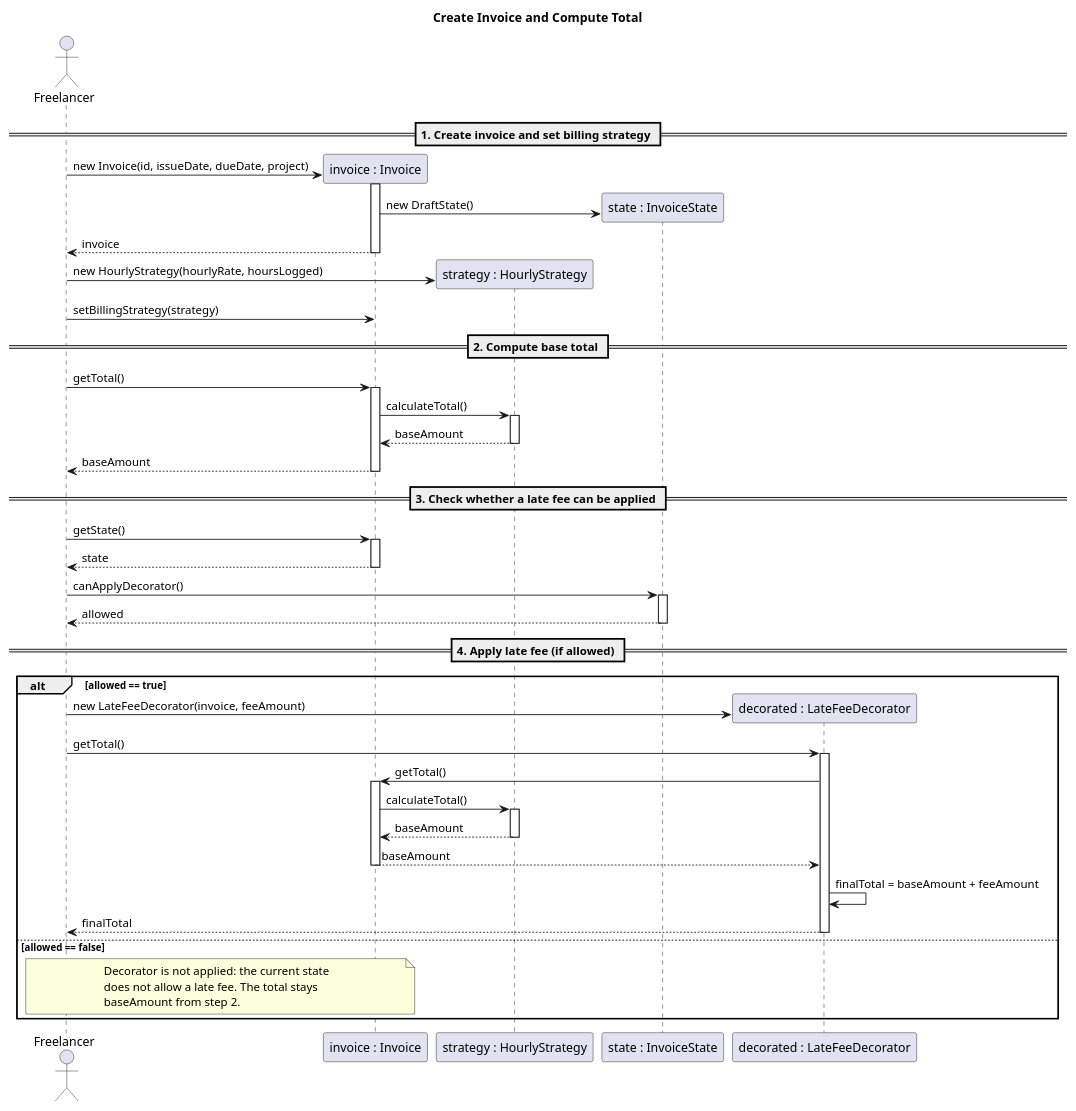
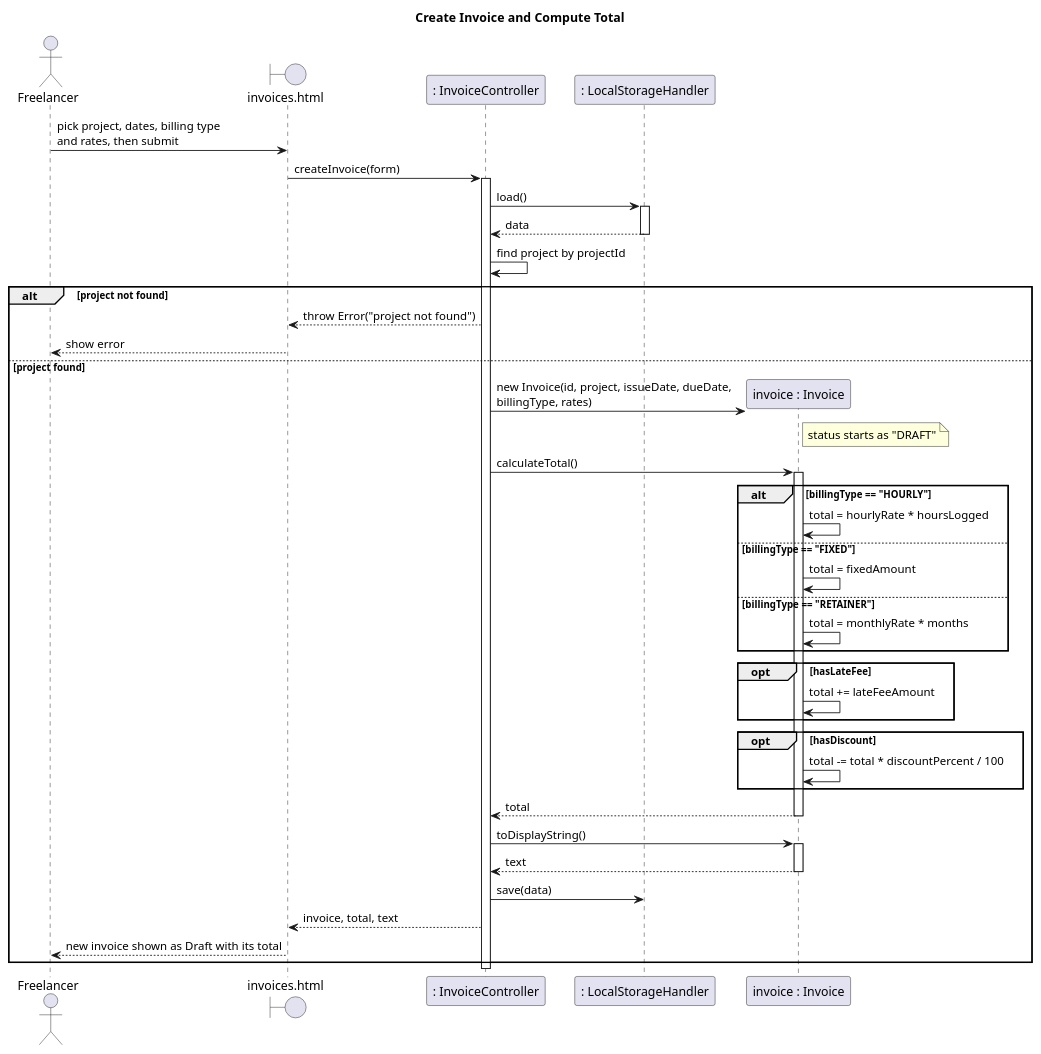
The diagram in diagrams/sequence-create-invoice.puml (vguri/freelance-invoice-tracker), drawn with PlantUML before and after one commit. The commit also changed 5 other files, not shown here.

Commit message:
Update Part 1 diagrams, project plan and README

```diff
--- a/diagrams/sequence-create-invoice.puml
+++ b/diagrams/sequence-create-invoice.puml
@@ -1,68 +1,55 @@
 @startuml sequence-create-invoice
 title Create Invoice and Compute Total
 
 actor Freelancer
-participant "invoice : Invoice" as inv
-participant "strategy : HourlyStrategy" as strat
-participant "state : InvoiceState" as state
-participant "decorated : LateFeeDecorator" as lfd
+boundary "invoices.html" as page
+participant ": InvoiceController" as ic
+participant ": LocalStorageHandler" as store
 
-== 1. Create invoice and set billing strategy ==
-create inv
-Freelancer -> inv : new Invoice(id, issueDate, dueDate, project)
-activate inv
-create state
-inv -> state : new DraftState()
-inv --> Freelancer : invoice
-deactivate inv
+Freelancer -> page : pick project, dates, billing type\nand rates, then submit
+page -> ic : createInvoice(form)
+activate ic
+ic -> store : load()
+activate store
+store --> ic : data
+deactivate store
+ic -> ic : find project by projectId
 
-create strat
-Freelancer -> strat : new HourlyStrategy(hourlyRate, hoursLogged)
-Freelancer -> inv : setBillingStrategy(strategy)
+alt project not found
+  ic --> page : throw Error("project not found")
+  page --> Freelancer : show error
+else project found
+  create participant "invoice : Invoice" as inv
+  ic -> inv : new Invoice(id, project, issueDate, dueDate,\nbillingType, rates)
+  note right of inv : status starts as "DRAFT"
 
-== 2. Compute base total ==
-Freelancer -> inv : getTotal()
-activate inv
-inv -> strat : calculateTotal()
-activate strat
-strat --> inv : baseAmount
-deactivate strat
-inv --> Freelancer : baseAmount
-deactivate inv
+  ic -> inv : calculateTotal()
+  activate inv
+  alt billingType == "HOURLY"
+    inv -> inv : total = hourlyRate * hoursLogged
+  else billingType == "FIXED"
+    inv -> inv : total = fixedAmount
+  else billingType == "RETAINER"
+    inv -> inv : total = monthlyRate * months
+  end
+  opt hasLateFee
+    inv -> inv : total += lateFeeAmount
+  end
+  opt hasDiscount
+    inv -> inv : total -= total * discountPercent / 100
+  end
+  inv --> ic : total
+  deactivate inv
 
-== 3. Check whether a late fee can be applied ==
-Freelancer -> inv : getState()
-activate inv
-inv --> Freelancer : state
-deactivate inv
-Freelancer -> state : canApplyDecorator()
-activate state
-state --> Freelancer : allowed
-deactivate state
+  ic -> inv : toDisplayString()
+  activate inv
+  inv --> ic : text
+  deactivate inv
 
-== 4. Apply late fee (if allowed) ==
-alt allowed == true
-  create lfd
-  Freelancer -> lfd : new LateFeeDecorator(invoice, feeAmount)
-  Freelancer -> lfd : getTotal()
-  activate lfd
-  lfd -> inv : getTotal()
-  activate inv
-  inv -> strat : calculateTotal()
-  activate strat
-  strat --> inv : baseAmount
-  deactivate strat
-  inv --> lfd : baseAmount
-  deactivate inv
-  lfd -> lfd : finalTotal = baseAmount + feeAmount
-  lfd --> Freelancer : finalTotal
-  deactivate lfd
-else allowed == false
-  note over Freelancer, inv
-    Decorator is not applied: the current state
-    does not allow a late fee. The total stays
-    baseAmount from step 2.
-  end note
+  ic -> store : save(data)
+  ic --> page : invoice, total, text
+  page --> Freelancer : new invoice shown as Draft with its total
 end
+deactivate ic
 
 @enduml
```
